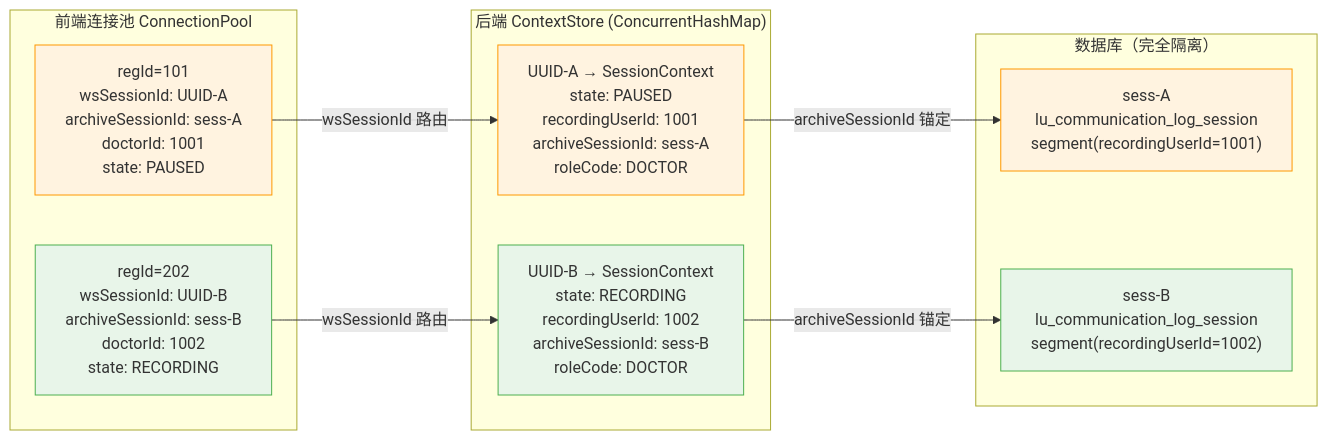
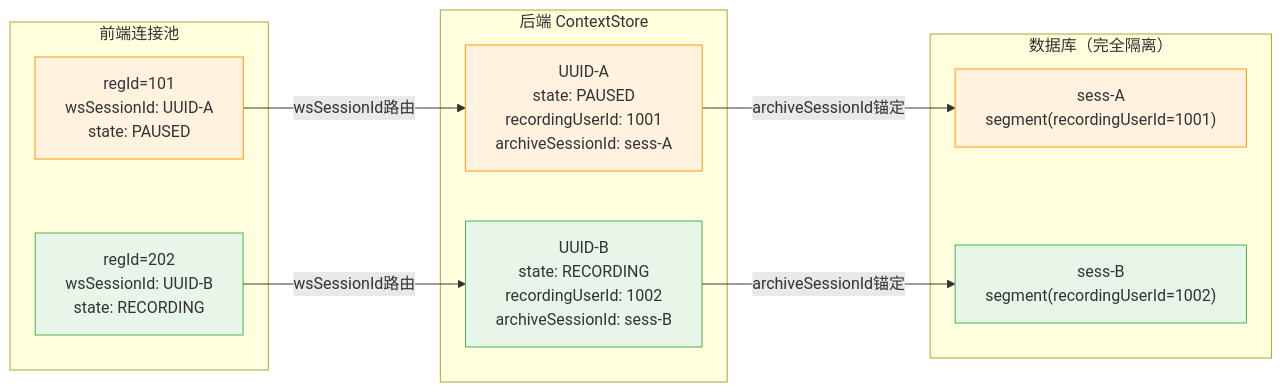
One commit to Gamehu/pictures-bed changed the sixth of 6 diagrams in uml/goodsop/v1.5-recording/web-recording.md. Above: the diagram before and after it, drawn with Mermaid. The commit also changed other lines of this file and 2 other files, not shown here.

First line of the commit message:
fix: 修复 Mermaid 架构图渲染问题

````diff
--- a/uml/goodsop/v1.5-recording/web-recording.md
+++ b/uml/goodsop/v1.5-recording/web-recording.md
@@ -270,29 +262,29 @@
 ```mermaid
 graph LR
-    subgraph Pool["前端连接池 ConnectionPool"]
-        P1["regId=101\nwsSessionId: UUID-A\narchiveSessionId: sess-A\ndoctorId: 1001\nstate: PAUSED"]
-        P2["regId=202\nwsSessionId: UUID-B\narchiveSessionId: sess-B\ndoctorId: 1002\nstate: RECORDING"]
+    subgraph Pool["前端连接池"]
+        P1["regId=101\nwsSessionId: UUID-A\nstate: PAUSED"]
+        P2["regId=202\nwsSessionId: UUID-B\nstate: RECORDING"]
     end
 
-    subgraph CtxStore["后端 ContextStore (ConcurrentHashMap)"]
-        C1["UUID-A → SessionContext\nstate: PAUSED\nrecordingUserId: 1001\narchiveSessionId: sess-A\nroleCode: DOCTOR"]
-        C2["UUID-B → SessionContext\nstate: RECORDING\nrecordingUserId: 1002\narchiveSessionId: sess-B\nroleCode: DOCTOR"]
+    subgraph CtxStore["后端 ContextStore"]
+        C1["UUID-A\nstate: PAUSED\nrecordingUserId: 1001\narchiveSessionId: sess-A"]
+        C2["UUID-B\nstate: RECORDING\nrecordingUserId: 1002\narchiveSessionId: sess-B"]
     end
 
     subgraph DB_LAYER["数据库（完全隔离）"]
-        D1["sess-A\nlu_communication_log_session\nsegment(recordingUserId=1001)"]
-        D2["sess-B\nlu_communication_log_session\nsegment(recordingUserId=1002)"]
+        D1["sess-A\nsegment(recordingUserId=1001)"]
+        D2["sess-B\nsegment(recordingUserId=1002)"]
     end
 
-    P1 -- "wsSessionId 路由" --> C1
-    P2 -- "wsSessionId 路由" --> C2
-    C1 -- "archiveSessionId 锚定" --> D1
-    C2 -- "archiveSessionId 锚定" --> D2
+    P1 -- "wsSessionId路由" --> C1
+    P2 -- "wsSessionId路由" --> C2
+    C1 -- "archiveSessionId锚定" --> D1
+    C2 -- "archiveSessionId锚定" --> D2
 
     style P1 fill:#fff3e0,stroke:#FF9800
     style P2 fill:#e8f5e9,stroke:#4CAF50
     style C1 fill:#fff3e0,stroke:#FF9800
     style C2 fill:#e8f5e9,stroke:#4CAF50
     style D1 fill:#fff3e0,stroke:#FF9800
     style D2 fill:#e8f5e9,stroke:#4CAF50
 ```
````
